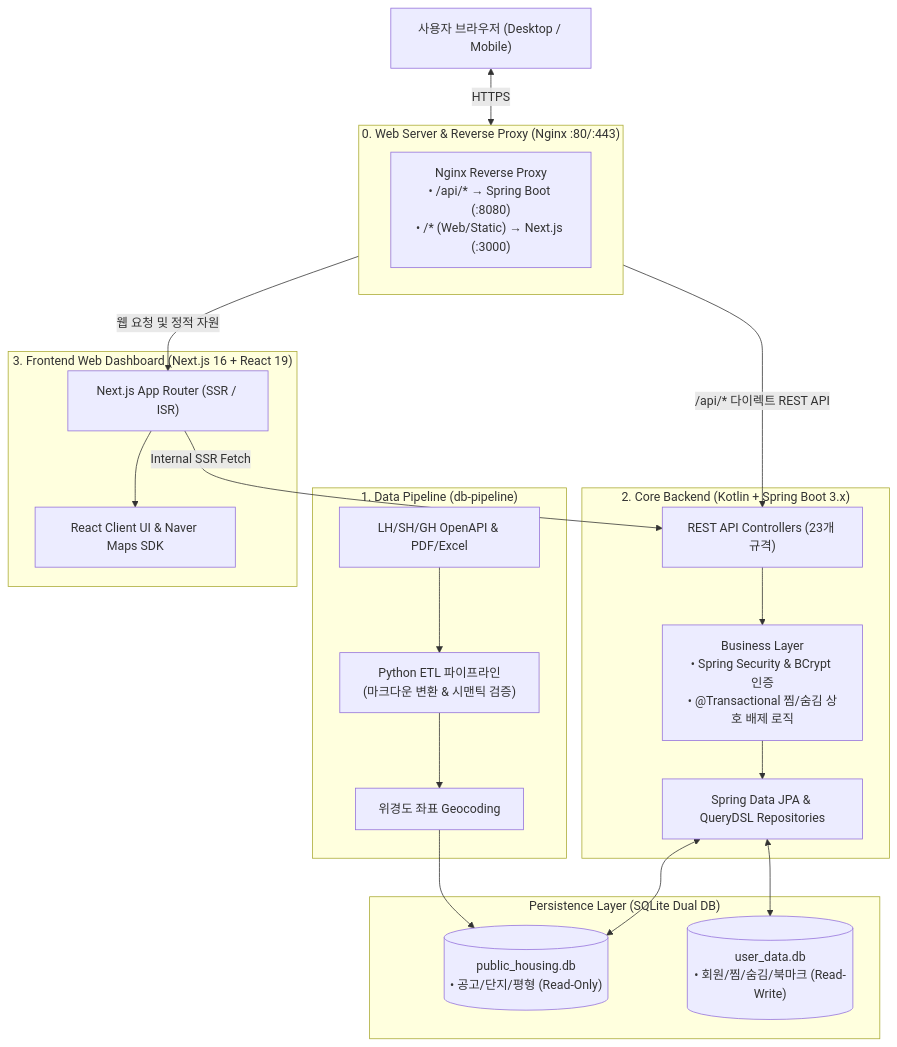
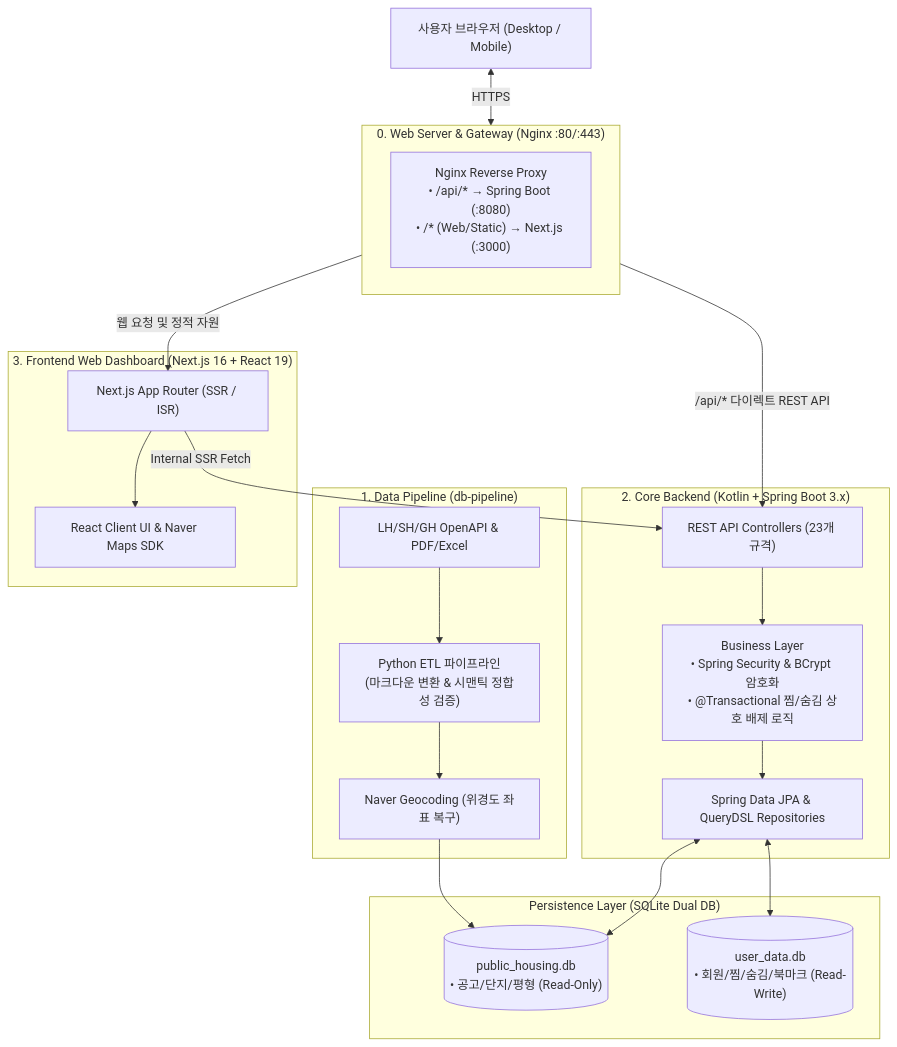
The diagram in README.md (JaeMin1130/pleasehome), drawn with Mermaid before and after one commit. The commit also changed other lines of this file and 2 other files, not shown here.

````diff
--- a/README.md
+++ b/README.md
@@ -91,44 +23,44 @@
 ```mermaid
 flowchart TB
     %% 0. 웹 서버 및 리버스 프록시
-    subgraph Gateway["0. Web Server & Reverse Proxy (Nginx :80/:443)"]
+    subgraph Gateway["0. Web Server & Gateway (Nginx :80/:443)"]
         NginxRoute["Nginx Reverse Proxy<br>• /api/* → Spring Boot (:8080)<br>• /* (Web/Static) → Next.js (:3000)"]
     end
 
     %% 1. 데이터 파이프라인
     subgraph Pipeline["1. Data Pipeline (db-pipeline)"]
-        LH_API["LH/SH/GH OpenAPI & PDF/Excel"] --> Python_ETL["Python ETL 파이프라인<br>(마크다운 변환 & 시맨틱 검증)"]
-        Python_ETL --> Geo["위경도 좌표 Geocoding"]
+        LH_API["LH/SH/GH OpenAPI & PDF/Excel"] --> Python_ETL["Python ETL 파이프라인<br>(마크다운 변환 & 시맨틱 정합성 검증)"]
+        Python_ETL --> Geo["Naver Geocoding (위경도 좌표 복구)"]
     end
 
     %% 2. 영속성 계층 (Dual DB)
     subgraph Storage["Persistence Layer (SQLite Dual DB)"]
         HousingDB[("public_housing.db<br>• 공고/단지/평형 (Read-Only)")]
         UserDB[("user_data.db<br>• 회원/찜/숨김/북마크 (Read-Write)")]
     end
 
     %% 3. 백엔드 코어
     subgraph Backend["2. Core Backend (Kotlin + Spring Boot 3.x)"]
         Controller["REST API Controllers (23개 규격)"]
-        BizLogic["Business Layer<br>• Spring Security & BCrypt 인증<br>• @Transactional 찜/숨김 상호 배제 로직"]
+        BizLogic["Business Layer<br>• Spring Security & BCrypt 암호화<br>• @Transactional 찜/숨김 상호 배제 로직"]
         Repo["Spring Data JPA & QueryDSL Repositories"]
         Controller --> BizLogic --> Repo
     end
 
     %% 4. 프론트엔드 대시보드
     subgraph Frontend["3. Frontend Web Dashboard (Next.js 16 + React 19)"]
         SSR["Next.js App Router (SSR / ISR)"]
         ClientUI["React Client UI & Naver Maps SDK"]
         SSR --> ClientUI
     end
 
     %% 데이터 흐름 연결
     Geo --> HousingDB
     Repo <--> HousingDB
     Repo <--> UserDB
 
     Browser["사용자 브라우저 (Desktop / Mobile)"] <-->|HTTPS| Gateway
     Gateway -->|/api/* 다이렉트 REST API| Controller
     Gateway -->|웹 요청 및 정적 자원| SSR
     SSR -->|Internal SSR Fetch| Controller
 ```
````
